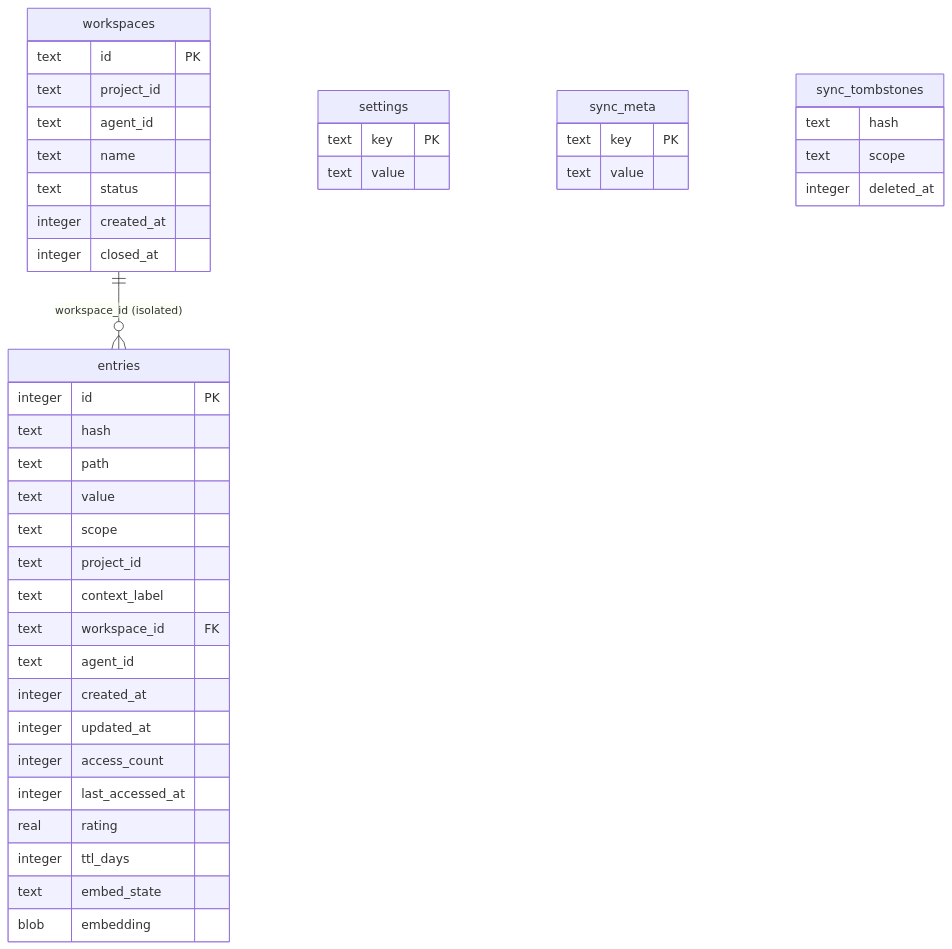
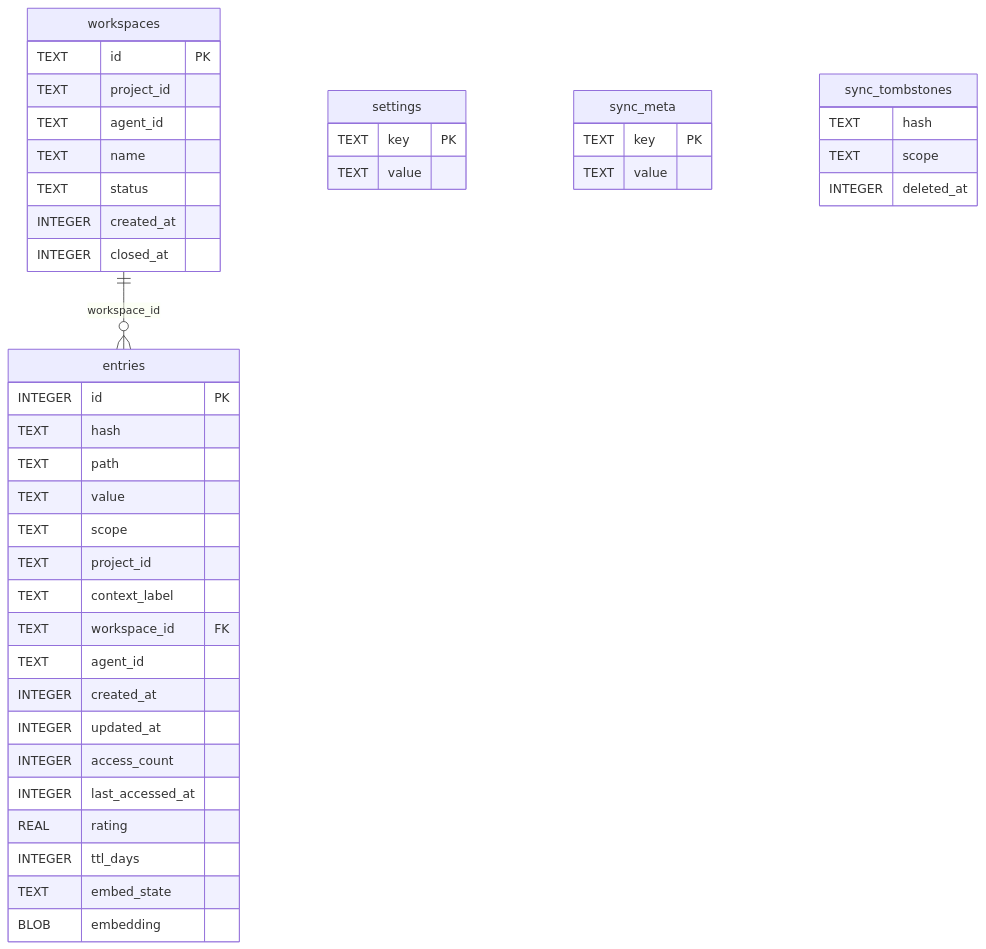
One commit to Arasz/ai-raccoon changed the first of 6 diagrams in docs/explanation/architecture.md. Above: the diagram before and after it, drawn with Mermaid. The commit also changed other lines of this file, not shown here.

Commit message:
docs: add architecture.md with schema, data flow, query flow, sync cycle, workspace lifecycle, access modes, and algorithm mermaid diagrams

````diff
--- a/docs/explanation/architecture.md
+++ b/docs/explanation/architecture.md
@@ -14,45 +16,50 @@
 ```mermaid
 erDiagram
-  workspaces {
-    text id PK
-    text project_id
-    text agent_id
-    text name
-    text status
-    integer created_at
-    integer closed_at
-  }
-  entries {
-    integer id PK
-    text hash
-    text path
-    text value
-    text scope
-    text project_id
-    text context_label
-    text workspace_id FK
-    text agent_id
-    integer created_at
-    integer updated_at
-    integer access_count
-    integer last_accessed_at
-    real rating
-    integer ttl_days
-    text embed_state
-    blob embedding
-  }
-  settings {
-    text key PK
-    text value
-  }
-  sync_meta {
-    text key PK
-    text value
-  }
-  sync_tombstones {
-    text hash
-    text scope
-    integer deleted_at
-  }
-  workspaces ||--o{ entries : "workspace_id (isolated)"
+    workspaces {
+        TEXT id PK
+        TEXT project_id
+        TEXT agent_id
+        TEXT name
+        TEXT status
+        INTEGER created_at
+        INTEGER closed_at
+    }
+
+    entries {
+        INTEGER id PK
+        TEXT hash
+        TEXT path
+        TEXT value
+        TEXT scope
+        TEXT project_id
+        TEXT context_label
+        TEXT workspace_id FK
+        TEXT agent_id
+        INTEGER created_at
+        INTEGER updated_at
+        INTEGER access_count
+        INTEGER last_accessed_at
+        REAL rating
+        INTEGER ttl_days
+        TEXT embed_state
+        BLOB embedding
+    }
+
+    settings {
+        TEXT key PK
+        TEXT value
+    }
+
+    sync_meta {
+        TEXT key PK
+        TEXT value
+    }
+
+    sync_tombstones {
+        TEXT hash
+        TEXT scope
+        INTEGER deleted_at
+    }
+
+    workspaces ||--o{ entries : "workspace_id"
 ```
````
